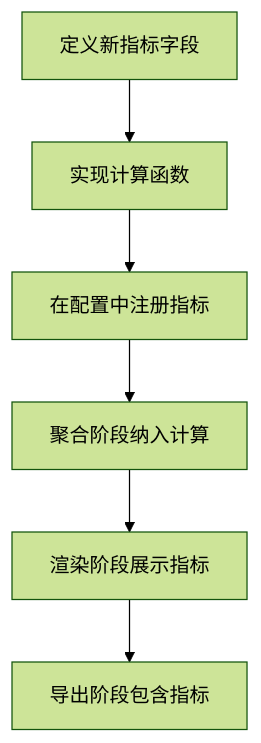
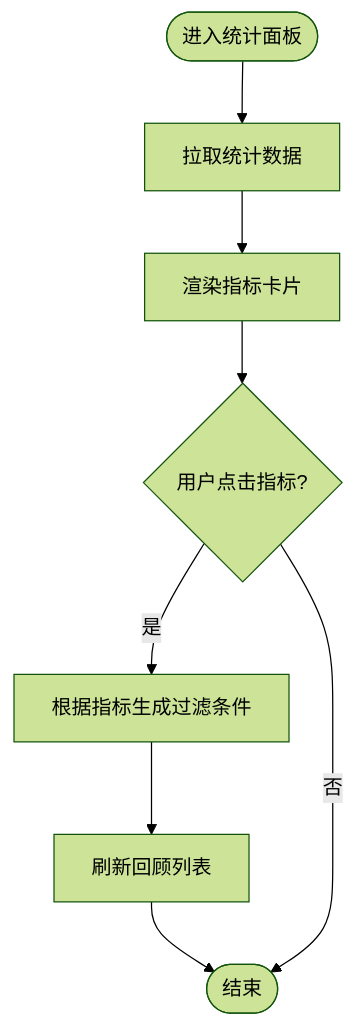
The fifth of 6 diagrams in .qoder/repowiki/zh/content/核心功能模块/每日回顾系统.md (gzdxhujiale/FishWorker), drawn with Mermaid (forest theme) before and after one commit. The commit also changed other lines of this file and 238 other files, not shown here.

````diff
--- a/.qoder/repowiki/zh/content/核心功能模块/每日回顾系统.md
+++ b/.qoder/repowiki/zh/content/核心功能模块/每日回顾系统.md
@@ -455,8 +316,10 @@
 ```mermaid
 flowchart TD
-Define["定义新指标字段"] --> Implement["实现计算函数"]
-Implement --> Configure["在配置中注册指标"]
-Configure --> Aggregate["聚合阶段纳入计算"]
-Aggregate --> Render["渲染阶段展示指标"]
-Render --> Export["导出阶段包含指标"]
+Start(["进入统计面板"]) --> LoadData["拉取统计数据"]
+LoadData --> Render["渲染指标卡片"]
+Render --> UserClick{"用户点击指标?"}
+UserClick --> |是| Filter["根据指标生成过滤条件"]
+Filter --> RefreshList["刷新回顾列表"]
+RefreshList --> End(["结束"])
+UserClick --> |否| End
 ```
````
